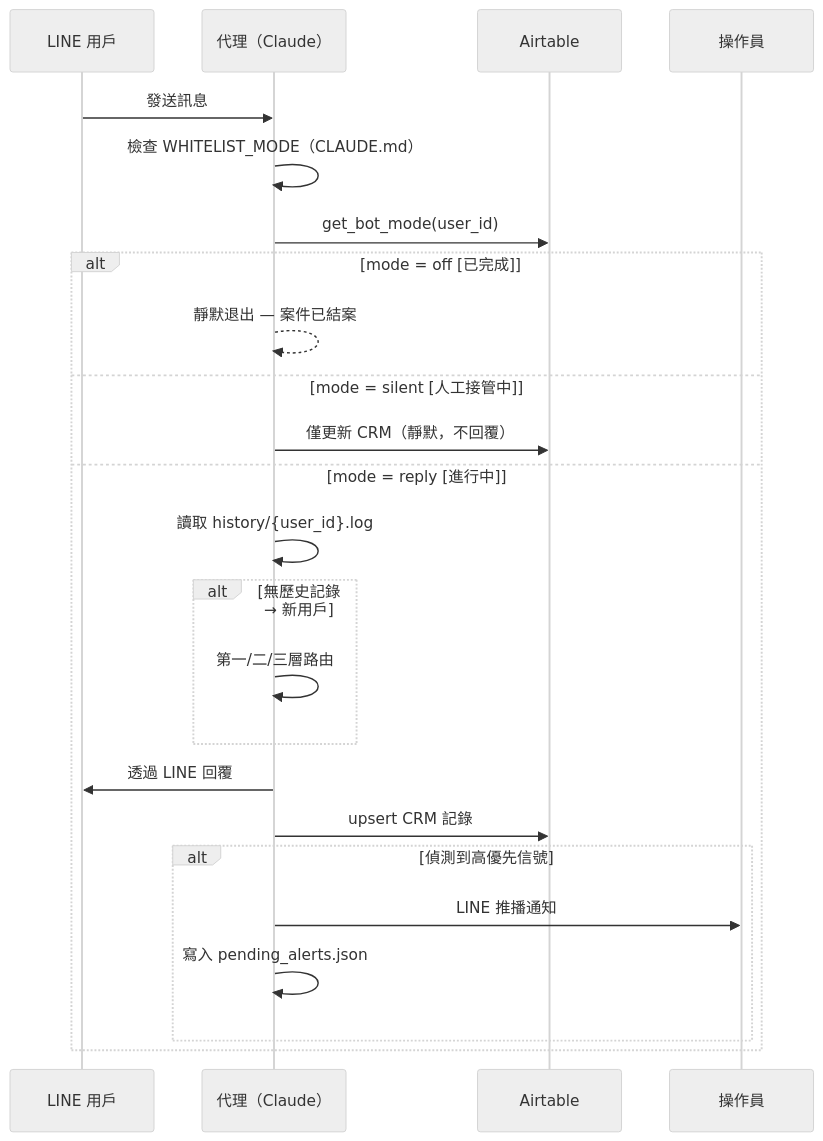
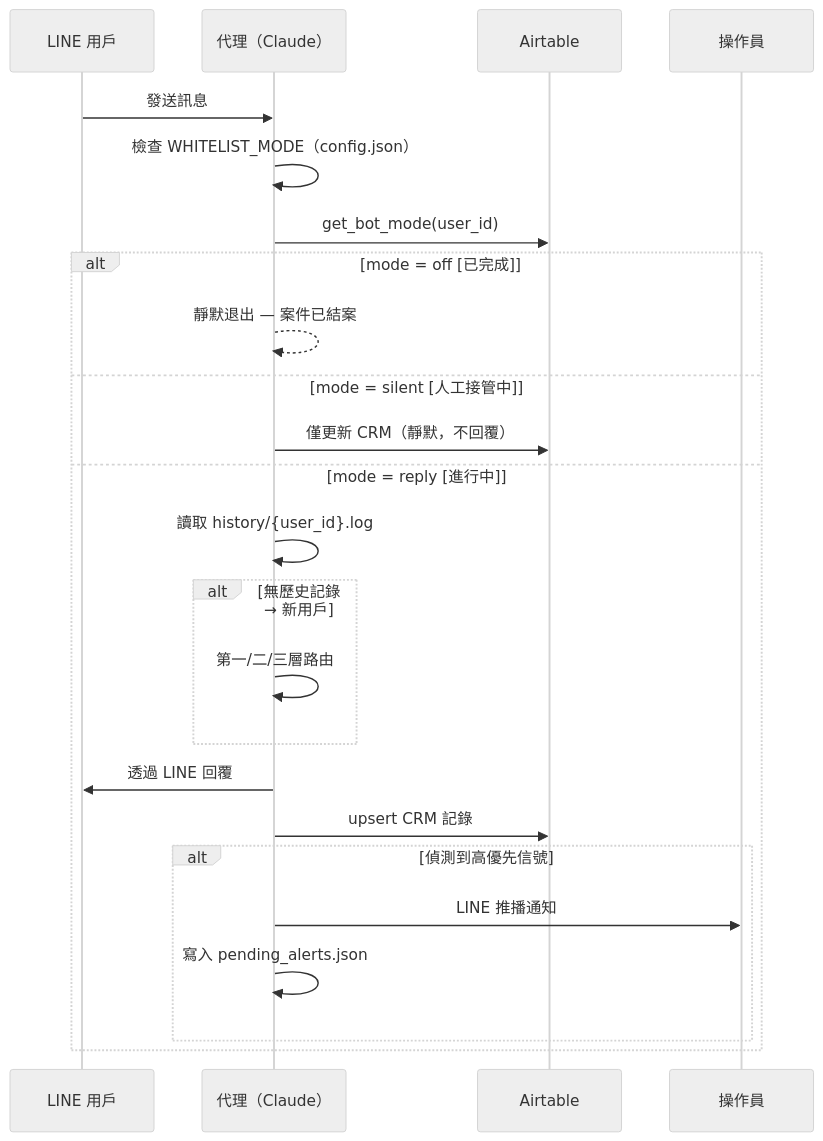
The second of 4 diagrams in README.zh-TW.md (RealChrisL/scrivener-agent), drawn with Mermaid (neutral theme) before and after one commit. The commit also changed other lines of this file and 7 other files, not shown here.

First line of the commit message:
Extract config into config.json — remove all hardcoded IDs from repo

````diff
--- a/README.zh-TW.md
+++ b/README.zh-TW.md
@@ -59,28 +59,28 @@
 ```mermaid
 sequenceDiagram
     participant U as LINE 用戶
     participant B as 代理（Claude）
     participant AT as Airtable
     participant N as 操作員
 
     U->>B: 發送訊息
-    B->>B: 檢查 WHITELIST_MODE（CLAUDE.md）
+    B->>B: 檢查 WHITELIST_MODE（config.json）
     B->>AT: get_bot_mode(user_id)
 
     alt mode = off  [已完成]
         B-->>B: 靜默退出 — 案件已結案
     else mode = silent  [人工接管中]
         B->>AT: 僅更新 CRM（靜默，不回覆）
     else mode = reply  [進行中]
         B->>B: 讀取 history/{user_id}.log
         alt 無歷史記錄 → 新用戶
             B->>B: 第一/二/三層路由
         end
         B->>U: 透過 LINE 回覆
         B->>AT: upsert CRM 記錄
         alt 偵測到高優先信號
             B->>N: LINE 推播通知
             B->>B: 寫入 pending_alerts.json
         end
     end
 ```
````
